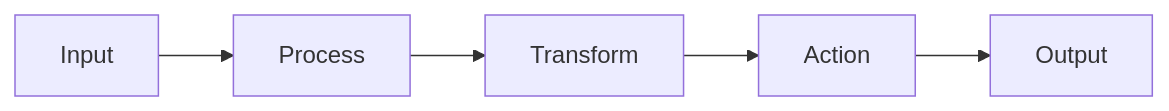
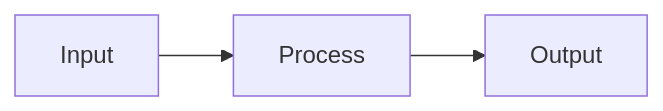
The first of 13 diagrams in slides/presentation.md (Algiras/vs-zinios-conference-2025-11-18), drawn with Mermaid before and after one commit. The commit also changed other lines of this file and 18 other files, not shown here.

````diff
--- a/slides/presentation.md
+++ b/slides/presentation.md
@@ -141,4 +310,4 @@
 ```mermaid
 graph LR
-    Input --> Process --> Transform --> Action --> Output
+    Input --> Process --> Output
 ```
````
